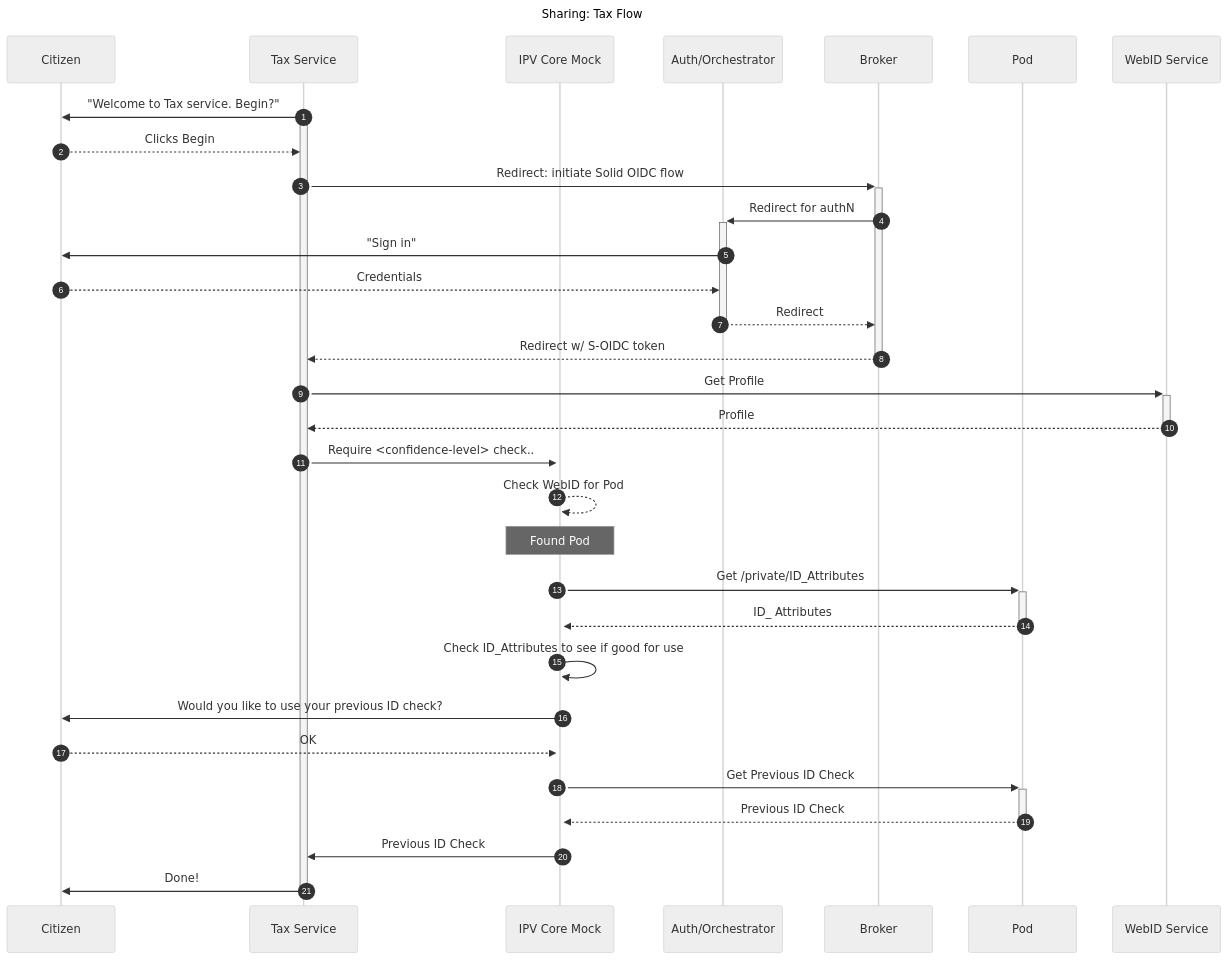
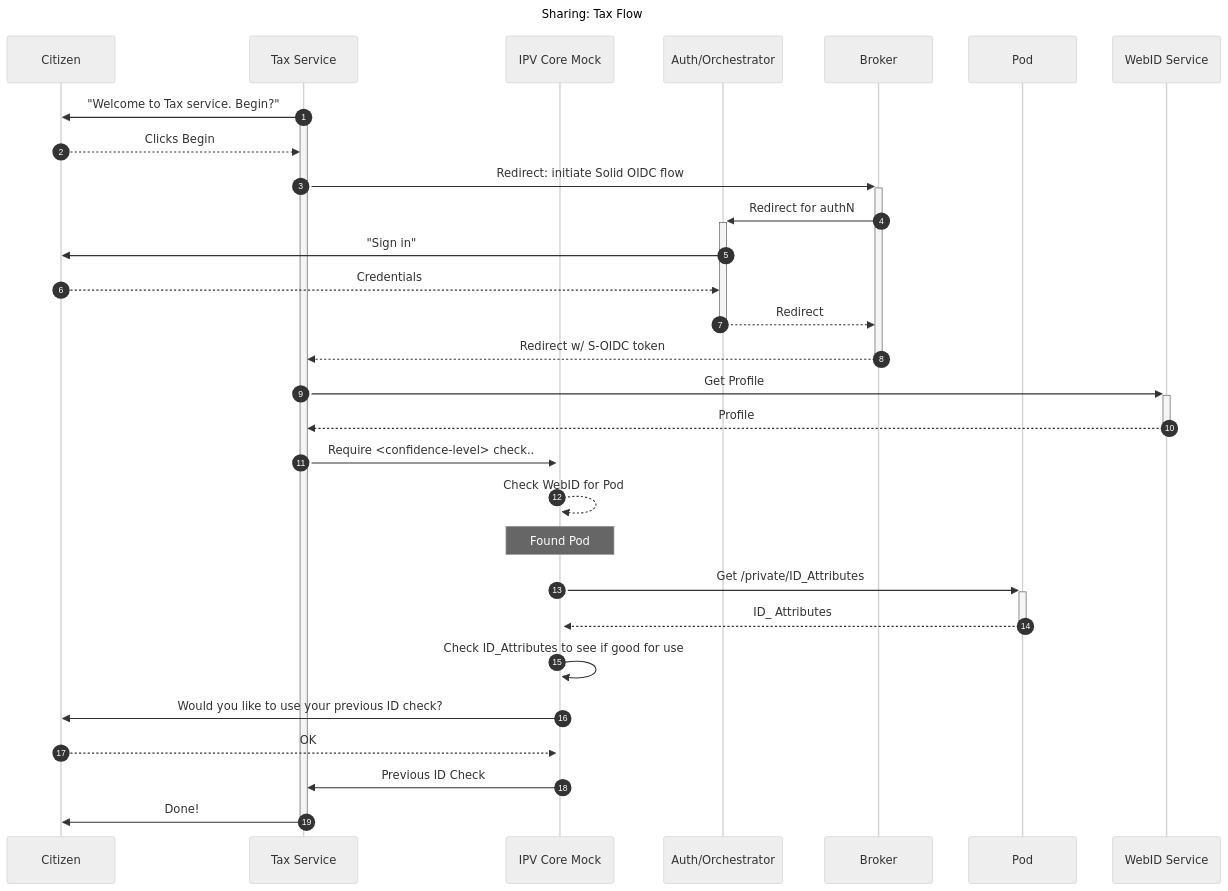
Before and after one commit to alphagov/di-solid-prototype: the second of 3 diagrams in docs/sequencediagrams/final-implementation.md, drawn with Mermaid (neutral theme).

Commit message:
remove dead step from flow 2 in sequence diagrams

````diff
--- a/docs/sequencediagrams/final-implementation.md
+++ b/docs/sequencediagrams/final-implementation.md
@@ -79,61 +79,58 @@
 ```mermaid
 sequenceDiagram
 autonumber
 title Sharing: Tax Flow
 
 # GOV Personal Tax Sign up
 # AUTH Signin + Create Account
 # Account: Use existing Proof?
 #IPV does dance
 # Service - ID Proved! 
 
 ###
 
     participant Citizen
     participant DemoApp as Tax Service
     participant IPV as IPV Core Mock
     participant Auth as Auth/Orchestrator
     participant Broker
     participant Pod
     participant WebID as WebID Service
     
 # GOV Personal Tax Sign up
 # AUTH Signin + Create Account
 # Account: Use existing Proof?
 #IPV does dance
 # Service - ID Proved! 
 
 
 DemoApp ->> Citizen: "Welcome to Tax service. Begin?" 
 activate DemoApp
 Citizen -->> DemoApp: Clicks Begin
 
 DemoApp ->>+Broker: Redirect: initiate Solid OIDC flow
 Broker ->>+Auth: Redirect for authN
 Auth ->> Citizen: "Sign in"
 Citizen -->> Auth: Credentials
 Auth -->>-Broker: Redirect
 Broker -->>-DemoApp: Redirect w/ S-OIDC token
 
 #Deref WebID Profile
 DemoApp ->>+WebID: Get Profile
 WebID -->>-DemoApp: Profile
 
 DemoApp ->>+IPV: Require <confidence-level> check..
 IPV-->>IPV: Check WebID for Pod
 Note over IPV: Found Pod
 IPV->>+Pod: Get /private/ID_Attributes
 Pod -->>-IPV:  ID_ Attributes
 IPV ->> IPV: Check ID_Attributes to see if good for use
 IPV->>Citizen: Would you like to use your previous ID check?
 Citizen-->> IPV:OK
 
-IPV->>+Pod: Get Previous ID Check
-Pod-->>-IPV: Previous ID Check
-
 IPV->>DemoApp: Previous ID Check
 
 DemoApp ->> Citizen: Done!
 deactivate DemoApp
 
 ```
````
